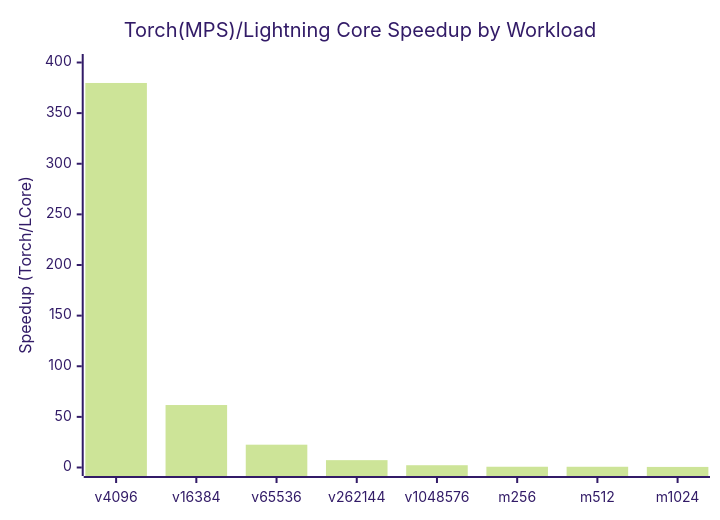
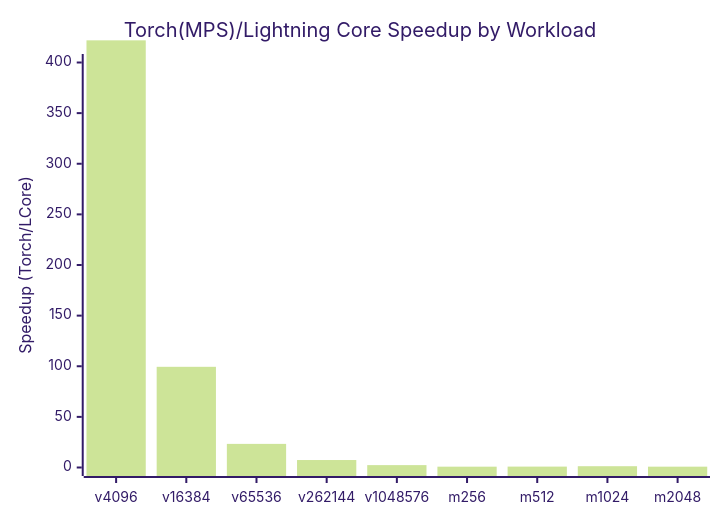
The diagram in README.md (wnsgus00114-droid/exia), drawn with Mermaid (forest theme) before and after one commit. The commit also changed other lines of this file and 3 other files, not shown here.

````diff
--- a/README.md
+++ b/README.md
@@ -141,7 +142,7 @@
 ```mermaid
 xychart-beta
 	title "Torch(MPS)/Lightning Core Speedup by Workload"
-	x-axis ["v4096", "v16384", "v65536", "v262144", "v1048576", "m256", "m512", "m1024"]
+	x-axis ["v4096", "v16384", "v65536", "v262144", "v1048576", "m256", "m512", "m1024", "m2048"]
 	y-axis "Speedup (Torch/LCore)" 0 --> 400
-	bar [379.78, 61.70, 22.53, 7.26, 2.25, 0.75, 0.73, 0.57]
+	bar [421.89, 99.45, 23.33, 7.38, 2.35, 0.82, 0.89, 1.27, 0.83]
 ```
````
